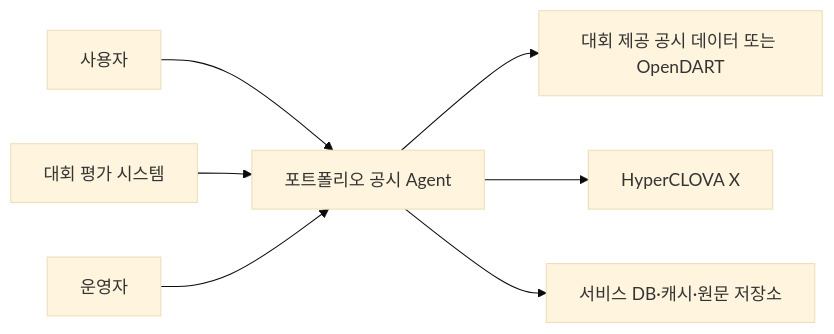
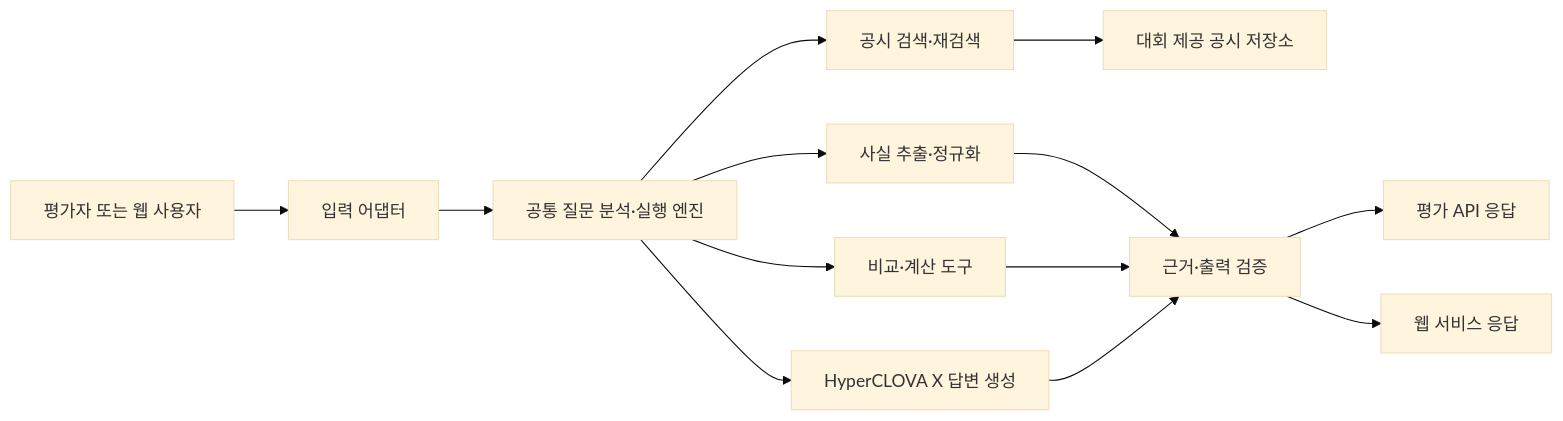
Before and after one commit to portfolio-disclosure-guardian/foliolens-server: the diagram in docs/요구사항_정의서.md, drawn with Mermaid (base theme). The commit also changed other lines of this file and 11 other files, not shown here.

````diff
--- a/docs/요구사항_정의서.md
+++ b/docs/요구사항_정의서.md
@@ -133,9 +181,15 @@
 ```mermaid
 flowchart LR
-    U["사용자"] --> S["포트폴리오 공시 Agent"]
-    E["대회 평가 시스템"] --> S
-    S --> D["대회 제공 공시 데이터 또는 OpenDART"]
-    S --> H["HyperCLOVA X"]
-    S --> DB["서비스 DB·캐시·원문 저장소"]
-    O["운영자"] --> S
+    A["평가자 또는 웹 사용자"] --> B["입력 어댑터"]
+    B --> C["공통 질문 분석·실행 엔진"]
+    C --> D["공시 검색·재검색"]
+    D --> E["대회 제공 공시 저장소"]
+    C --> F["사실 추출·정규화"]
+    C --> G["비교·계산 도구"]
+    C --> H["HyperCLOVA X 답변 생성"]
+    F --> I["근거·출력 검증"]
+    G --> I
+    H --> I
+    I --> J["평가 API 응답"]
+    I --> K["웹 서비스 응답"]
 ```
````
